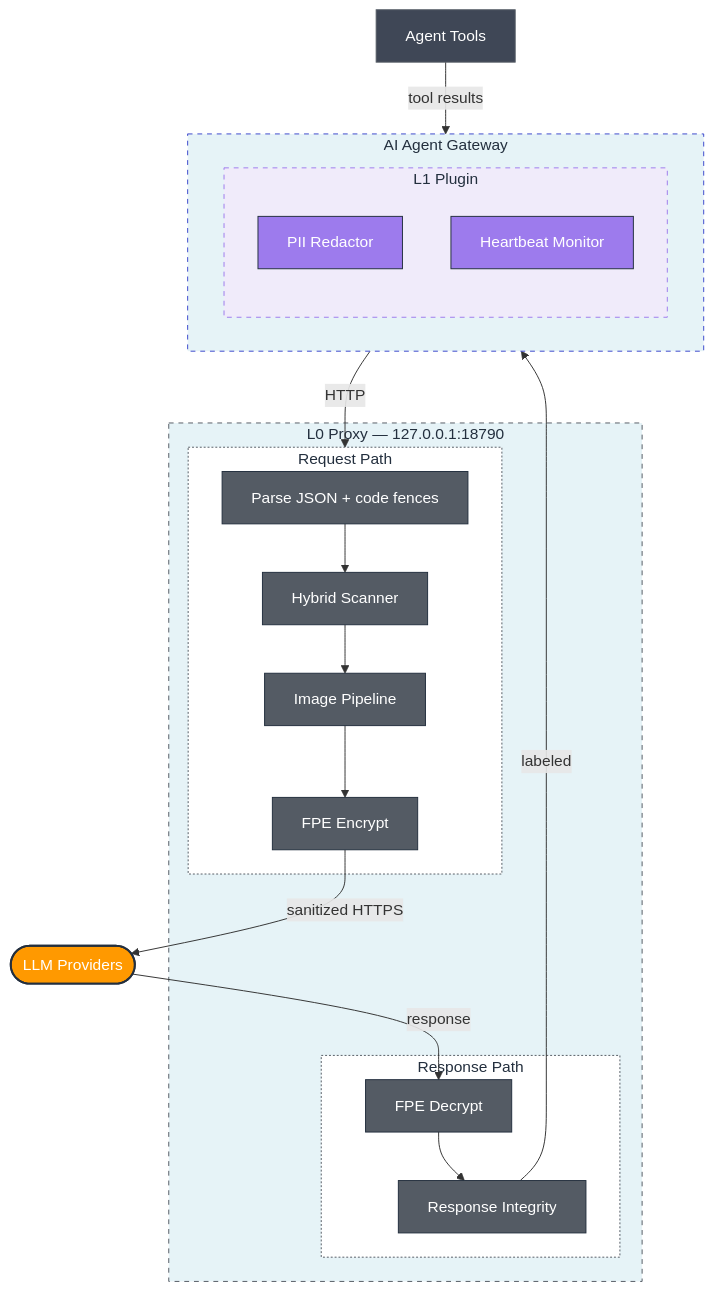
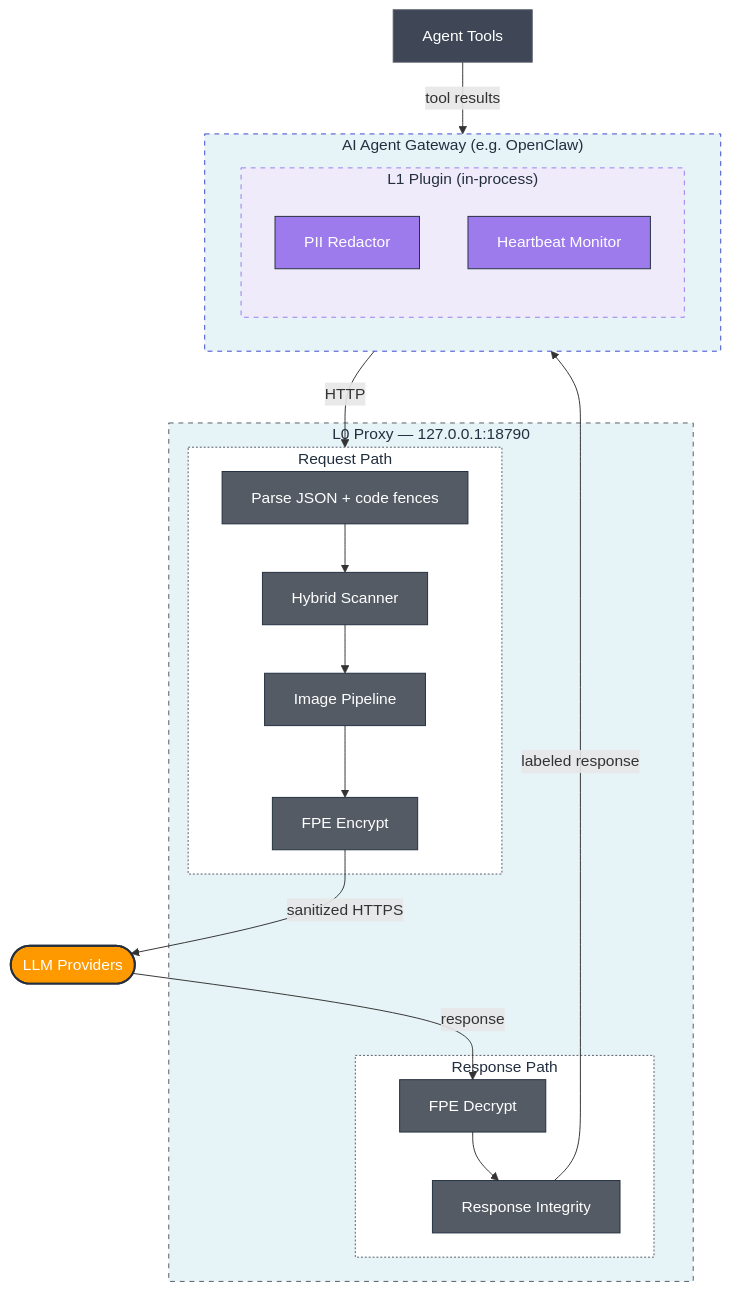
Before and after one commit to OpenObscure/OpenObscure: the first of 6 diagrams in ARCHITECTURE.md, drawn with Mermaid. The commit also changed other lines of this file, not shown here.

First line of the commit message:
Fix ARCHITECTURE.md: add Embedded model diagram, label Gateway-only sections

````diff
--- a/ARCHITECTURE.md
+++ b/ARCHITECTURE.md
@@ -19,46 +19,46 @@
 ```mermaid
 flowchart TB
     tools["Agent Tools"]
 
-    subgraph gateway ["AI Agent Gateway"]
-        subgraph l1box ["L1 Plugin"]
+    subgraph gateway ["AI Agent Gateway (e.g. OpenClaw)"]
+        subgraph l1box ["L1 Plugin (in-process)"]
             redact["PII Redactor"]
             heartbeat["Heartbeat Monitor"]
         end
     end
 
     subgraph l0box ["L0 Proxy — 127.0.0.1:18790"]
         subgraph reqpath ["Request Path"]
             nested["Parse JSON + code fences"] --> hybrid["Hybrid Scanner"]
             hybrid --> imgpipe["Image Pipeline"]
             imgpipe --> ff1["FPE Encrypt"]
         end
         subgraph respath ["Response Path"]
             decrypt["FPE Decrypt"] --> ri["Response Integrity"]
         end
     end
 
     llm(["LLM Providers"])
 
     tools -- "tool results" --> gateway
     gateway -- "HTTP" --> reqpath
     ff1 -- "sanitized HTTPS" --> llm
     llm -- "response" --> decrypt
-    ri -- "labeled" --> gateway
+    ri -- "labeled response" --> gateway
 
     style gateway fill:#e6f3f7,stroke:#3b48cc,stroke-dasharray: 5 5,color:#232F3E
     style l1box fill:#f0ebfa,stroke:#9D7BED,stroke-dasharray: 5 5,color:#232F3E
     style l0box fill:#e6f3f7,stroke:#545b64,stroke-dasharray: 5 5,color:#232F3E
     style reqpath fill:#fff,stroke:#545b64,stroke-dasharray: 2 2,color:#232F3E
     style respath fill:#fff,stroke:#545b64,stroke-dasharray: 2 2,color:#232F3E
     style llm fill:#ff9900,stroke:#232F3E,stroke-width:2px,color:#fff
     style tools fill:#3F4756,stroke:#545b64,color:#fff
     style redact fill:#9D7BED,stroke:#232F3E,color:#fff
     style heartbeat fill:#9D7BED,stroke:#232F3E,color:#fff
     style nested fill:#545b64,stroke:#232F3E,color:#fff
     style hybrid fill:#545b64,stroke:#232F3E,color:#fff
     style imgpipe fill:#545b64,stroke:#232F3E,color:#fff
     style ff1 fill:#545b64,stroke:#232F3E,color:#fff
     style decrypt fill:#545b64,stroke:#232F3E,color:#fff
     style ri fill:#545b64,stroke:#232F3E,color:#fff
 ```
````
